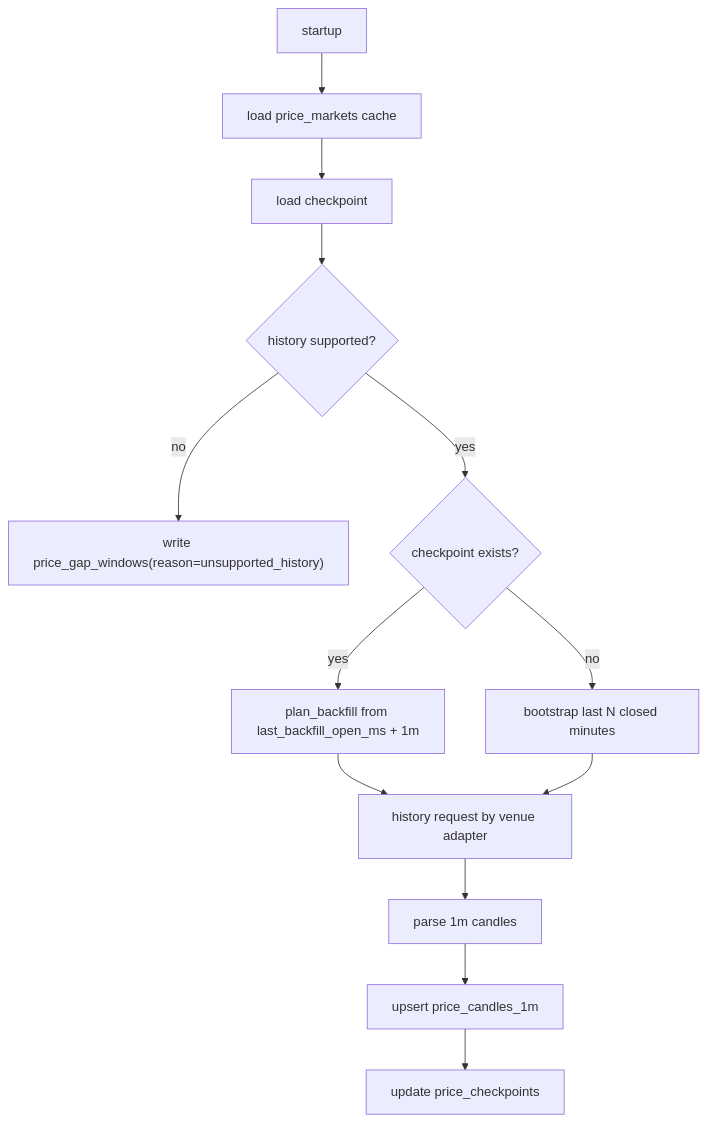
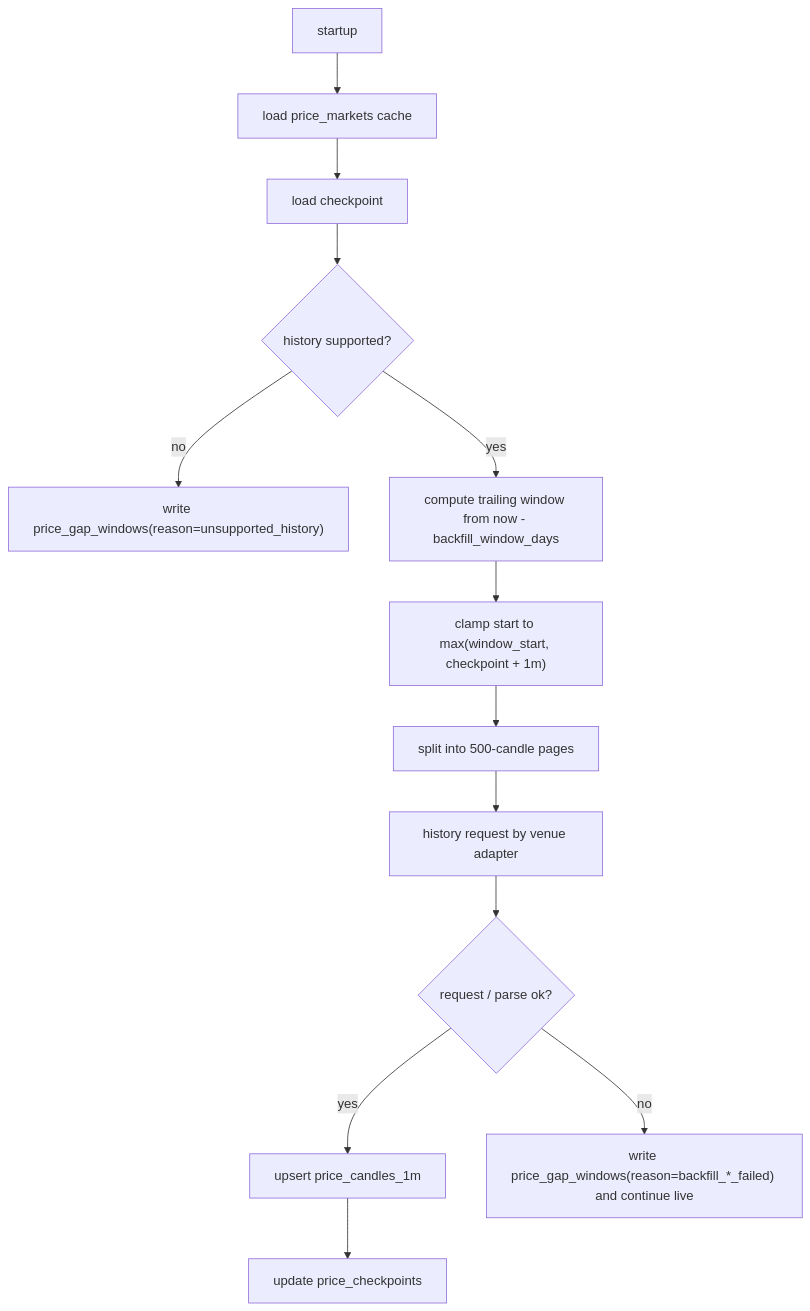
Before and after one commit to welann/tokenresearch: the second of 3 diagrams in docs/price-collector.md, drawn with Mermaid. The commit also changed other lines of this file and 5 other files, not shown here.

Commit message:
Use trailing backfill windows for prices

````diff
--- a/docs/price-collector.md
+++ b/docs/price-collector.md
@@ -48,15 +48,15 @@
 ```mermaid
 flowchart TD
     A["startup"] --> B["load price_markets cache"]
     B --> C["load checkpoint"]
     C --> D{"history supported?"}
     D -- no --> E["write price_gap_windows(reason=unsupported_history)"]
-    D -- yes --> F{"checkpoint exists?"}
-    F -- yes --> G["plan_backfill from last_backfill_open_ms + 1m"]
-    F -- no --> H["bootstrap last N closed minutes"]
-    G --> I["history request by venue adapter"]
-    H --> I
-    I --> J["parse 1m candles"]
-    J --> K["upsert price_candles_1m"]
+    D -- yes --> F["compute trailing window from now - backfill_window_days"]
+    F --> G["clamp start to max(window_start, checkpoint + 1m)"]
+    G --> H["split into 500-candle pages"]
+    H --> I["history request by venue adapter"]
+    I --> J{"request / parse ok?"}
+    J -- yes --> K["upsert price_candles_1m"]
     K --> L["update price_checkpoints"]
+    J -- no --> M["write price_gap_windows(reason=backfill_*_failed) and continue live"]
 ```
````
